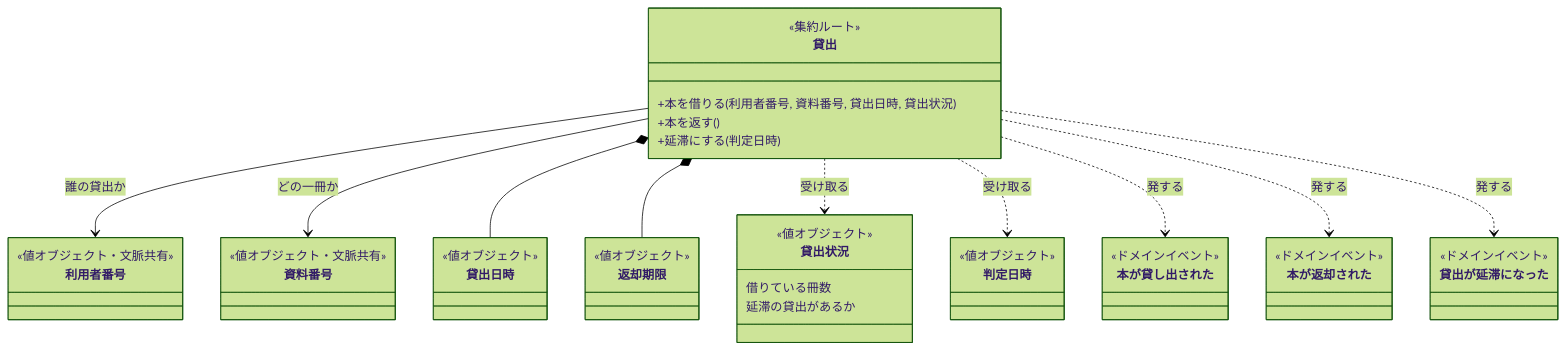
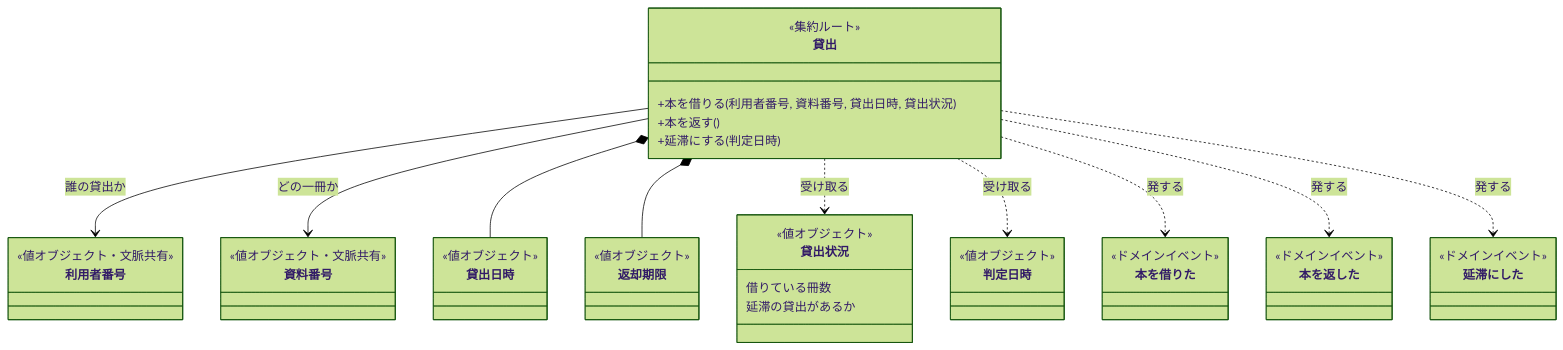
The first of 2 diagrams in plugins/write-doc/skills/write-doc/assets/examples/domain-model.example.md (nakamori-naoya/write-doc-plugins), drawn with Mermaid (forest theme) before and after one commit. The commit also changed other lines of this file and 27 other files, not shown here.

````diff
--- a/plugins/write-doc/skills/write-doc/assets/examples/domain-model.example.md
+++ b/plugins/write-doc/skills/write-doc/assets/examples/domain-model.example.md
@@ -7,47 +7,47 @@
 ```mermaid
 classDiagram
     class Loan["貸出"] {
         <<集約ルート>>
         +本を借りる(利用者番号, 資料番号, 貸出日時, 貸出状況)
         +本を返す()
         +延滞にする(判定日時)
     }
     class UserNumber["利用者番号"] {
         <<値オブジェクト・文脈共有>>
     }
     class BookNumber["資料番号"] {
         <<値オブジェクト・文脈共有>>
     }
     class LentAt["貸出日時"] {
         <<値オブジェクト>>
     }
     class DueDate["返却期限"] {
         <<値オブジェクト>>
     }
     class CheckedAt["判定日時"] {
         <<値オブジェクト>>
     }
     class BorrowerStanding["貸出状況"] {
         <<値オブジェクト>>
         借りている冊数
         延滞の貸出があるか
     }
-    class LoanLent["本が貸し出された"] {
+    class LoanLent["本を借りた"] {
         <<ドメインイベント>>
     }
-    class LoanReturned["本が返却された"] {
+    class LoanReturned["本を返した"] {
         <<ドメインイベント>>
     }
-    class LoanMarkedOverdue["貸出が延滞になった"] {
+    class LoanMarkedOverdue["延滞にした"] {
         <<ドメインイベント>>
     }
     Loan --> UserNumber : 誰の貸出か
     Loan --> BookNumber : どの一冊か
     Loan *-- LentAt
     Loan *-- DueDate
     Loan ..> BorrowerStanding : 受け取る
     Loan ..> CheckedAt : 受け取る
     Loan ..> LoanLent : 発する
     Loan ..> LoanReturned : 発する
     Loan ..> LoanMarkedOverdue : 発する
 ```
````
